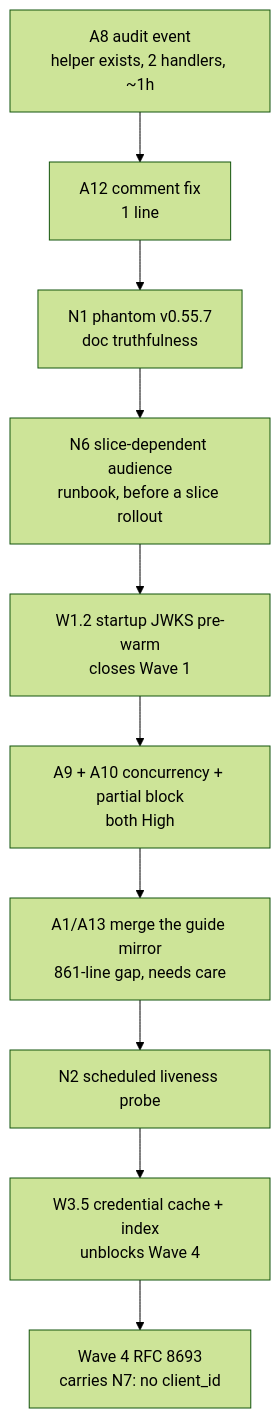
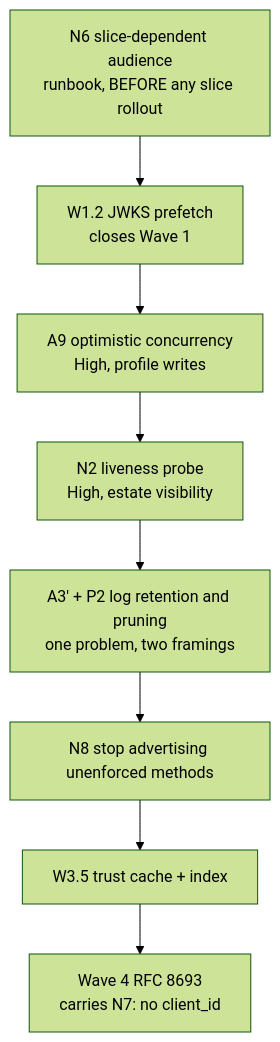
One commit to pranems/SCIMServer changed the diagram in docs/auth/REMAINING_WORK_REGISTER.md. Above: the diagram before and after it, drawn with Mermaid (forest theme). The commit also changed other lines of this file and 1 other file, not shown here.

````diff
--- a/docs/auth/REMAINING_WORK_REGISTER.md
+++ b/docs/auth/REMAINING_WORK_REGISTER.md
@@ -426,12 +204,10 @@
 ```mermaid
 flowchart TD
-    A["A8 audit event<br/>helper exists, 2 handlers, ~1h"] --> B["A12 comment fix<br/>1 line"]
-    B --> C["N1 phantom v0.55.7<br/>doc truthfulness"]
-    C --> N6["N6 slice-dependent audience<br/>runbook, before a slice rollout"]
-    N6 --> D["W1.2 startup JWKS pre-warm<br/>closes Wave 1"]
-    D --> E["A9 + A10 concurrency + partial block<br/>both High"]
-    E --> F["A1/A13 merge the guide mirror<br/>861-line gap, needs care"]
-    F --> G["N2 scheduled liveness probe"]
-    G --> H["W3.5 credential cache + index<br/>unblocks Wave 4"]
-    H --> I["Wave 4 RFC 8693<br/>carries N7: no client_id"]
+    N6["N6 slice-dependent audience<br/>runbook, BEFORE any slice rollout"] --> W12["W1.2 JWKS prefetch<br/>closes Wave 1"]
+    W12 --> A9["A9 optimistic concurrency<br/>High, profile writes"]
+    A9 --> N2["N2 liveness probe<br/>High, estate visibility"]
+    N2 --> A3["A3' + P2 log retention and pruning<br/>one problem, two framings"]
+    A3 --> N8["N8 stop advertising unenforced methods"]
+    N8 --> W35["W3.5 trust cache + index"]
+    W35 --> W41["Wave 4 RFC 8693<br/>carries N7: no client_id"]
 ```
````
